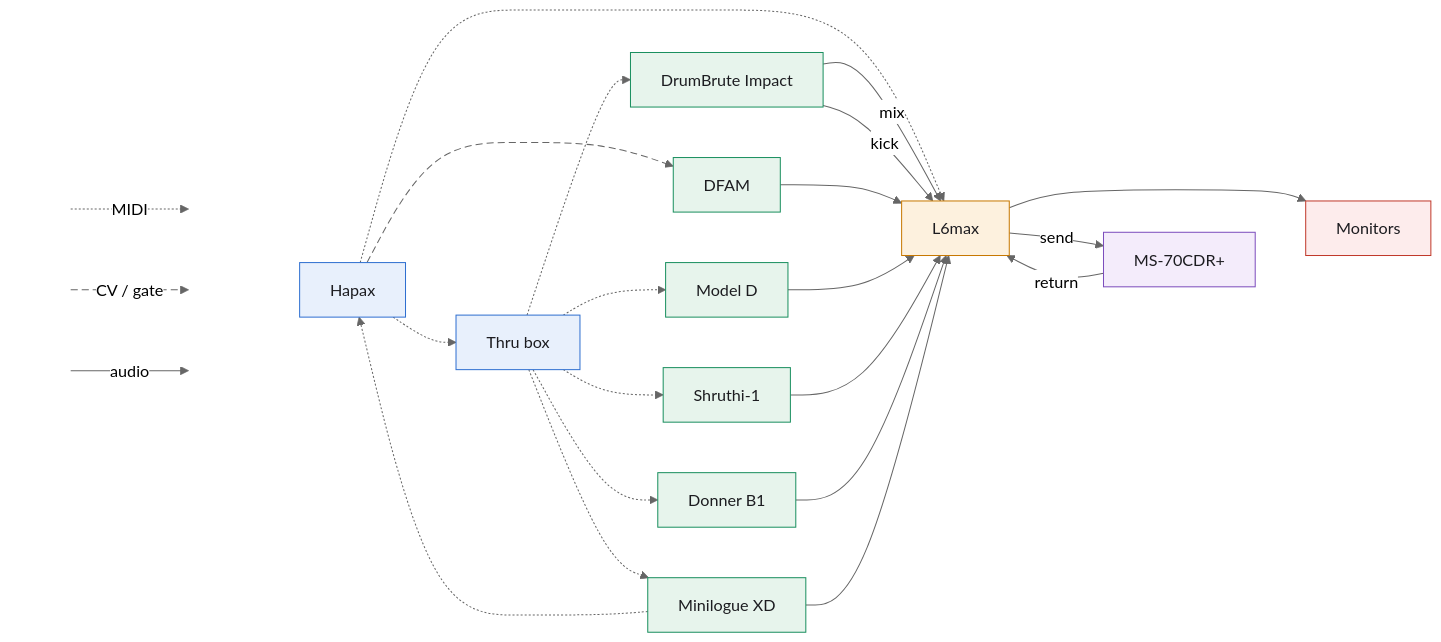
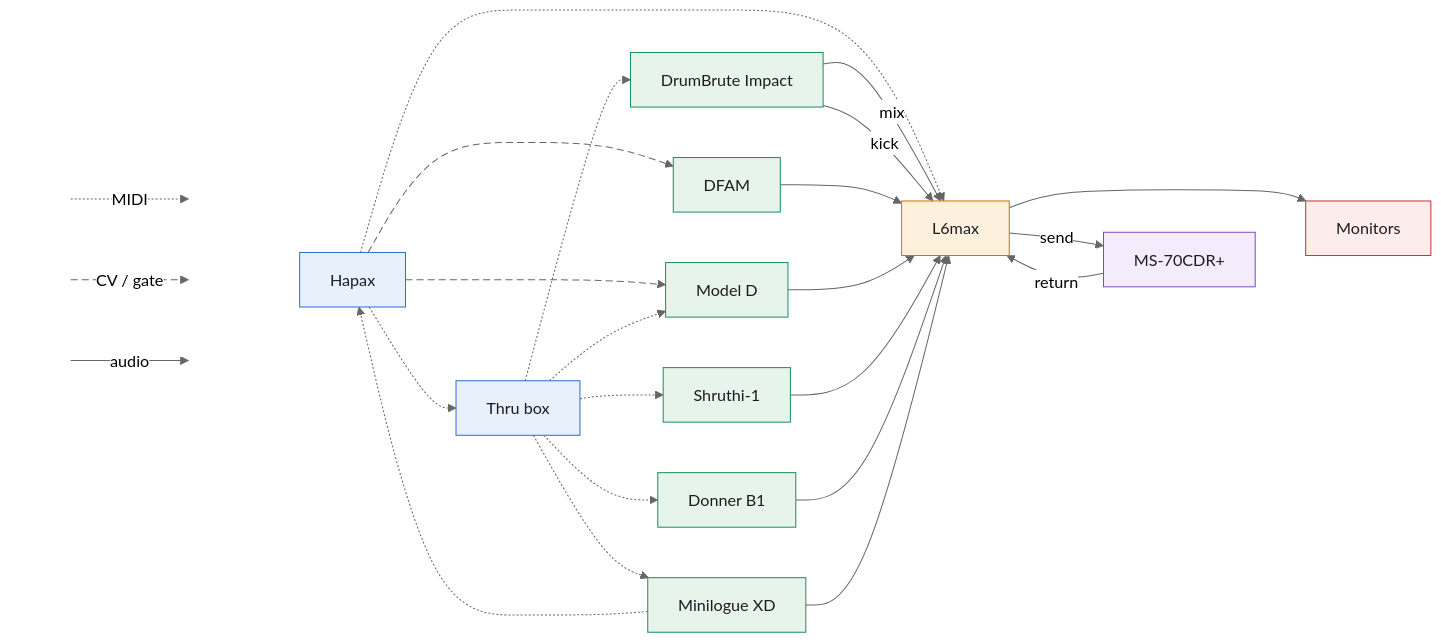
Before and after one commit to saponace/synth-setup: the diagram in README.md, drawn with Mermaid. The commit also changed other lines of this file, not shown here.

````diff
--- a/README.md
+++ b/README.md
@@ -1,76 +1,77 @@
 ```mermaid
 ---
 config:
   theme: neutral
   flowchart:
     curve: basis
 ---
 flowchart LR
     %% box color = kind of gear, line style = kind of signal
     classDef seq fill:#e8f0fc,stroke:#2f6fd0,color:#1c1c20
     classDef voice fill:#e7f4ec,stroke:#1a8f5f,color:#1c1c20
     classDef mix fill:#fdf1de,stroke:#c77800,color:#1c1c20
     classDef fx fill:#f4ecfb,stroke:#7c4dbd,color:#1c1c20
     classDef mon fill:#fdecec,stroke:#c0392b,color:#1c1c20
     classDef pin fill:none,stroke:none
     classDef cv stroke-dasharray: 7 4
 
     %% legend, tied to Hapax by invisible links so it lands in the left columns
     LA[" "] -. "MIDI" .-> LB[" "]
     LC[" "] k1@-- "CV / gate" --> LD[" "]
     LE[" "] -- "audio" --> LF[" "]
     LB ~~~ HAPAX
     LD ~~~ HAPAX
     LF ~~~ HAPAX
 
     HAPAX["Hapax"]
     THRU["Thru box"]
     DBI["DrumBrute Impact"]
     DFAM["DFAM"]
     MODELD["Model D"]
     SHRUTHI["Shruthi-1"]
     DONNER["Donner B1"]
     XD["Minilogue XD"]
     L6["L6max"]
     FX["MS-70CDR+"]
     MON["Monitors"]
 
     %% ----- CV / gate -----
     HAPAX c1@--> DFAM
+    HAPAX c2@--> MODELD
 
     %% ----- MIDI -----
     HAPAX -.-> THRU
     THRU -.-> DBI
     THRU -.-> MODELD
     THRU -.-> SHRUTHI
     THRU -.-> DONNER
     THRU -.-> XD
     XD -.-> HAPAX
     HAPAX -.-> L6
 
     %% ----- audio -----
     DBI -- "mix" --> L6
     DBI -- "kick" --> L6
     DFAM --> L6
     MODELD --> L6
     SHRUTHI --> L6
     DONNER --> L6
     XD --> L6
     L6 -- "send" --> FX
     FX -- "return" --> L6
     L6 --> MON
 
     %% ----- carry no signal, they only steer the layout -----
     %% DFAM among the voices instead of pushed to an end of the column,
     %% monitors out of the FX pedal's column
     THRU ~~~ DFAM
     FX ~~~ MON
 
     class HAPAX,THRU seq
     class DBI,DFAM,MODELD,SHRUTHI,DONNER,XD voice
     class L6 mix
     class FX fx
     class MON mon
     class LA,LB,LC,LD,LE,LF pin
-    class c1,k1 cv
+    class c1,c2,k1 cv
 ```
````
